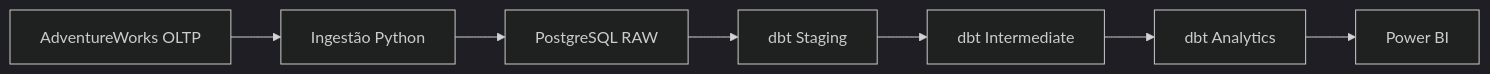
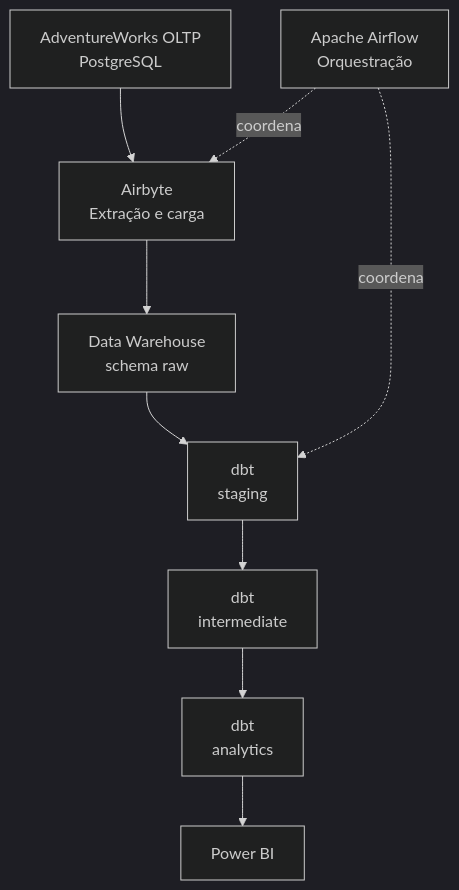
The diagram in README.md (comerlatto/modern-data-platform), drawn with Mermaid (dark theme) before and after one commit. The commit also changed other lines of this file, not shown here.

Commit message:
docs: atualiza arquitetura do pipeline com Airbyte

````diff
--- a/README.md
+++ b/README.md
@@ -22,9 +86,11 @@
 ```mermaid
-flowchart LR
-    A["AdventureWorks OLTP"] --> B["Ingestão Python"]
-    B --> C["PostgreSQL RAW"]
-    C --> D["dbt Staging"]
-    D --> E["dbt Intermediate"]
-    E --> F["dbt Analytics"]
+flowchart TD
+    A["AdventureWorks OLTP<br>PostgreSQL"] --> B["Airbyte<br>Extração e carga"]
+    B --> C["Data Warehouse<br>schema raw"]
+    C --> D["dbt<br>staging"]
+    D --> E["dbt<br>intermediate"]
+    E --> F["dbt<br>analytics"]
     F --> G["Power BI"]
+    H["Apache Airflow<br>Orquestração"] -. coordena .-> B
+    H -. coordena .-> D
 ```
````
